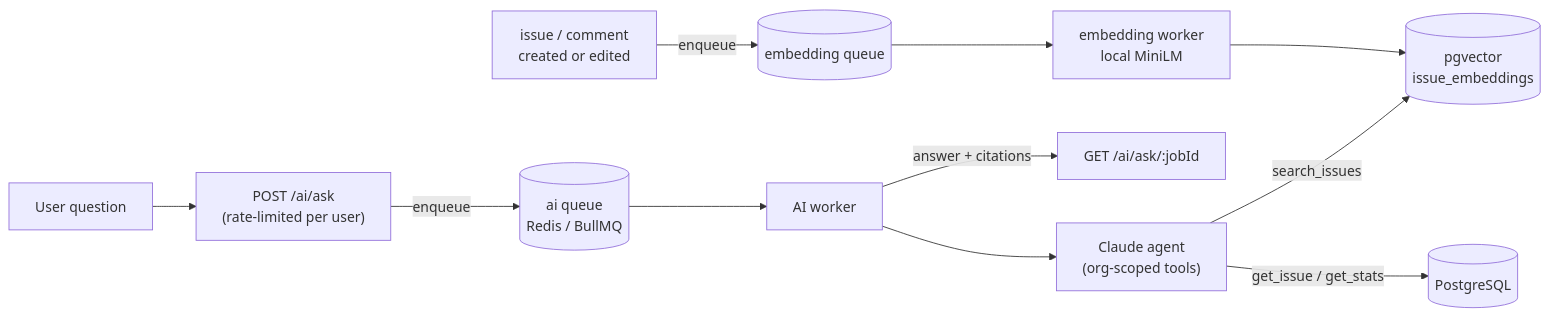
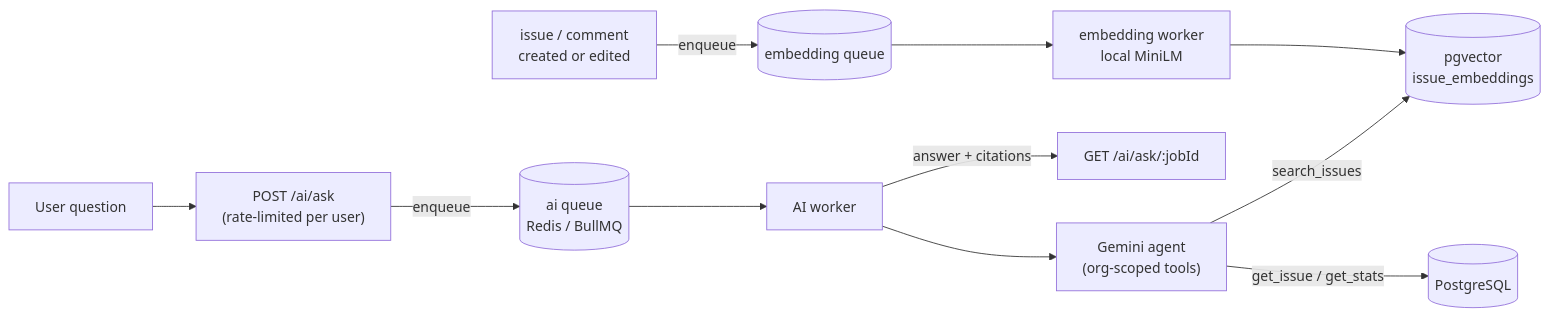
One commit to Jitenmohanty/Jira_Lite changed the second of 3 diagrams in README.md. Above: the diagram before and after it, drawn with Mermaid. The commit also changed other lines of this file and 13 other files, not shown here.

First line of the commit message:
feat(ai): use Gemini (free tier) instead of Claude for the assistant

````diff
--- a/README.md
+++ b/README.md
@@ -180,13 +181,13 @@
 ```mermaid
 flowchart LR
     Q["User question"] --> ASK["POST /ai/ask<br/>(rate-limited per user)"]
     ASK -- "enqueue" --> AQ[("ai queue<br/>Redis / BullMQ")]
     AQ --> AW["AI worker"]
-    AW --> AG["Claude agent<br/>(org-scoped tools)"]
+    AW --> AG["Gemini agent<br/>(org-scoped tools)"]
     AG -- "search_issues" --> VEC[("pgvector<br/>issue_embeddings")]
     AG -- "get_issue / get_stats" --> PG[("PostgreSQL")]
     AW -- "answer + citations" --> POLL["GET /ai/ask/:jobId"]
 
     ISS["issue / comment<br/>created or edited"] -- "enqueue" --> EQ[("embedding queue")]
     EQ --> EW["embedding worker<br/>local MiniLM"] --> VEC
 ```
````
